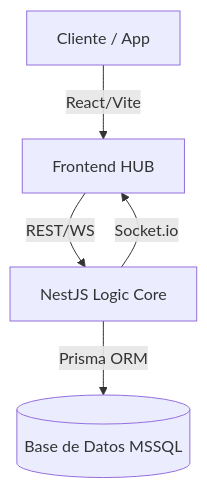
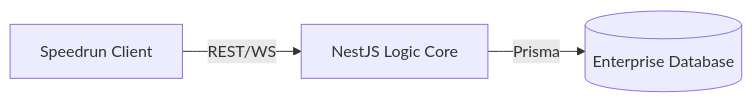
The diagram in README.md (elnames/Speedrun-Delivey), drawn with Mermaid before and after one commit. The commit also changed other lines of this file, not shown here.

Commit message:
docs: rebranding final a Speedrun Delivery y refinamiento de contenido

````diff
--- a/README.md
+++ b/README.md
@@ -25,7 +53,5 @@
 ```mermaid
-graph TD
-    A[Cliente / App] -->|React/Vite| B[Frontend HUB]
-    B -->|REST/WS| C[NestJS Logic Core]
-    C -->|Prisma ORM| D[(Base de Datos MSSQL)]
-    C -->|Socket.io| B
+graph LR
+    A[Speedrun Client] -->|REST/WS| B[NestJS Logic Core]
+    B -->|Prisma| C[(Enterprise Database)]
 ```
````
